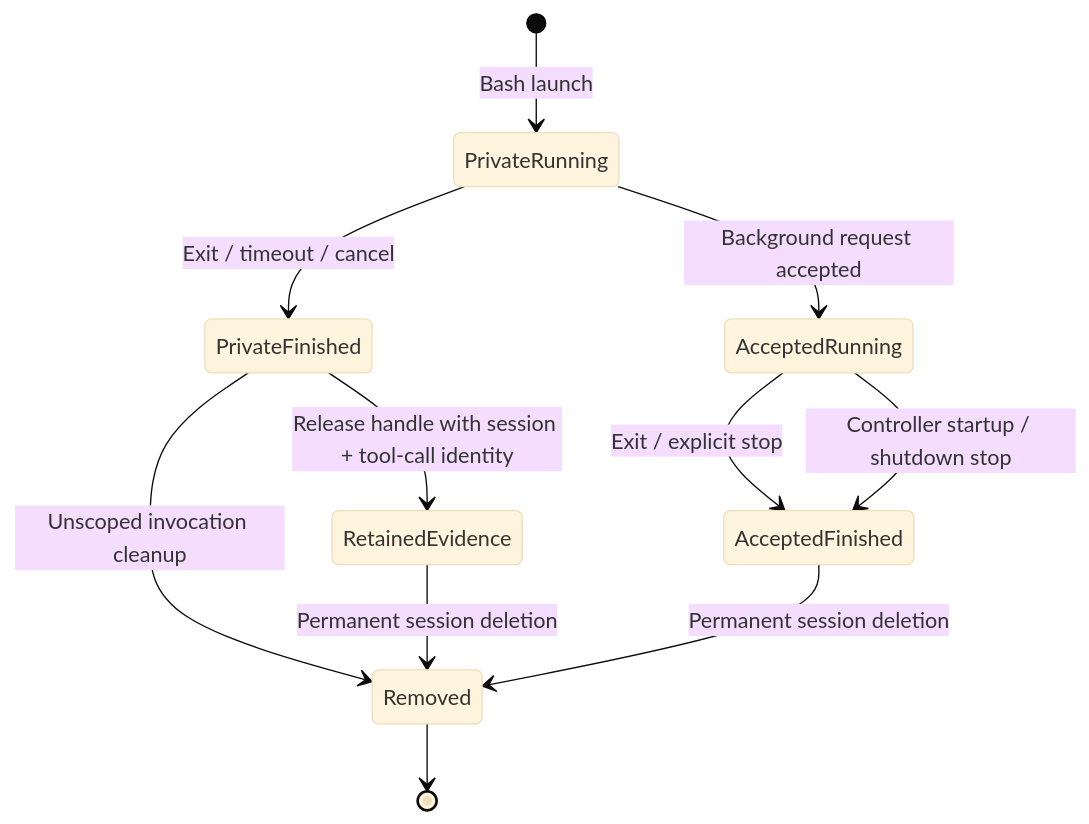
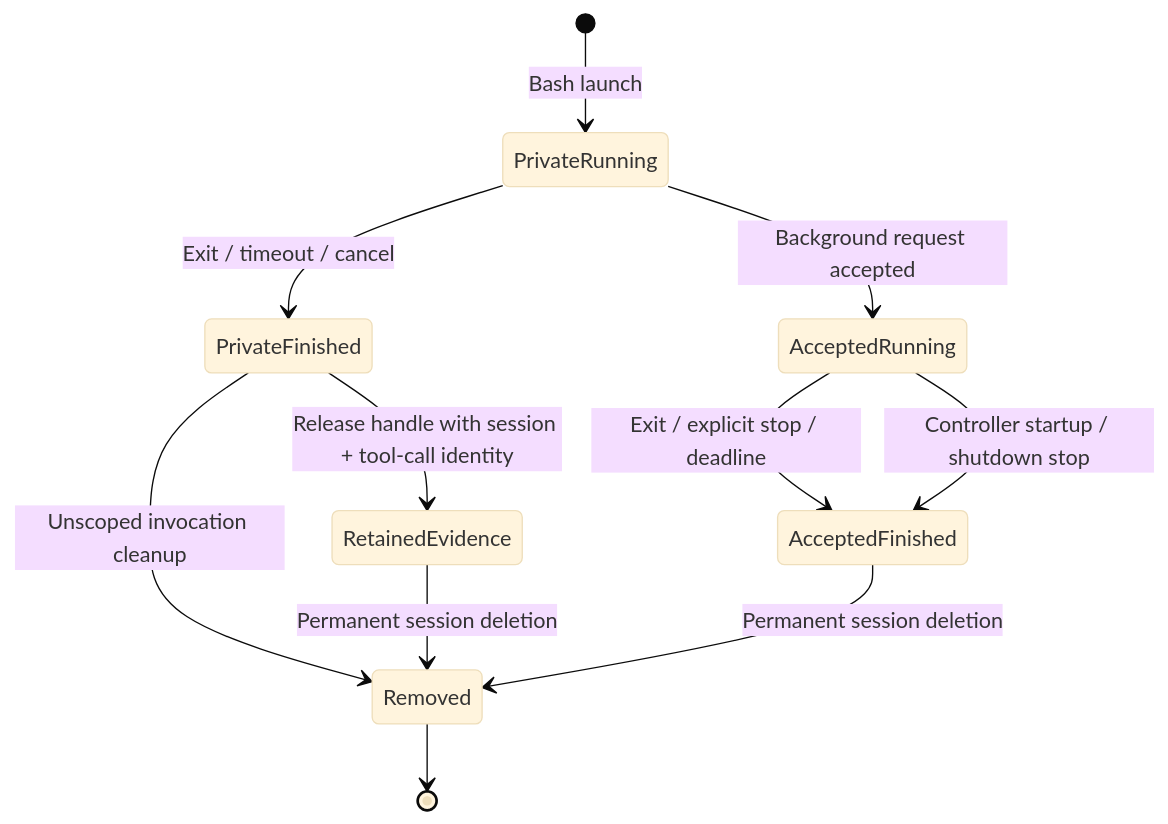
Before and after one commit to ineersa/agent-core: the first of 3 diagrams in architecture/backgrounding.md, drawn with Mermaid (base theme). The commit also changed other lines of this file and 86 other files, not shown here.

First line of the commit message:
Fix documentation drift and expand architecture diagrams

````diff
--- a/architecture/backgrounding.md
+++ b/architecture/backgrounding.md
@@ -11,13 +11,13 @@
 ```mermaid
 stateDiagram-v2
     [*] --> PrivateRunning: Bash launch
     PrivateRunning --> PrivateFinished: Exit / timeout / cancel
     PrivateRunning --> AcceptedRunning: Background request accepted
     PrivateFinished --> RetainedEvidence: Release handle with session + tool-call identity
     PrivateFinished --> Removed: Unscoped invocation cleanup
     RetainedEvidence --> Removed: Permanent session deletion
-    AcceptedRunning --> AcceptedFinished: Exit / explicit stop
+    AcceptedRunning --> AcceptedFinished: Exit / explicit stop / deadline
     AcceptedRunning --> AcceptedFinished: Controller startup / shutdown stop
     AcceptedFinished --> Removed: Permanent session deletion
     Removed --> [*]
 ```
````
